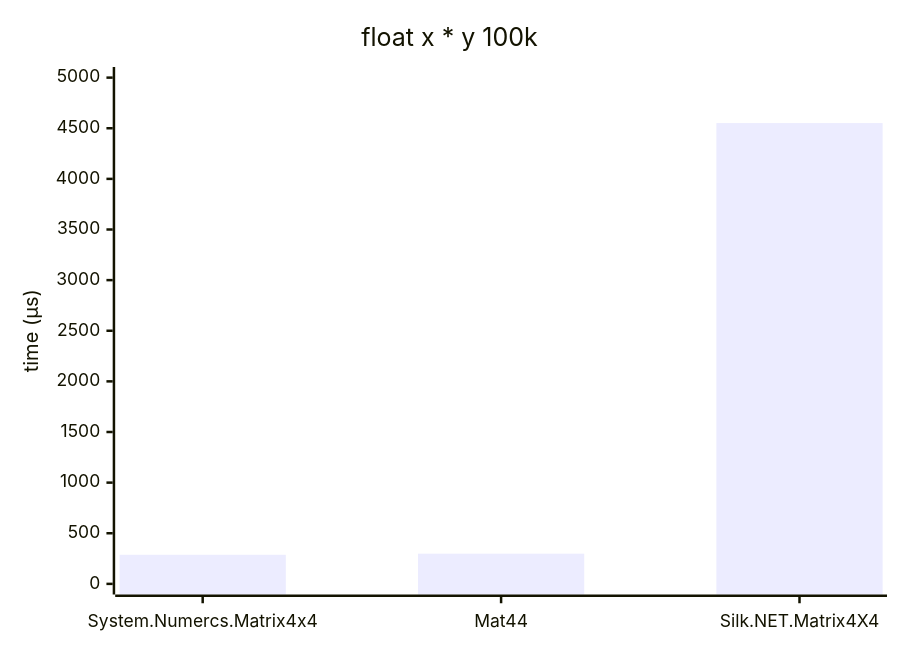
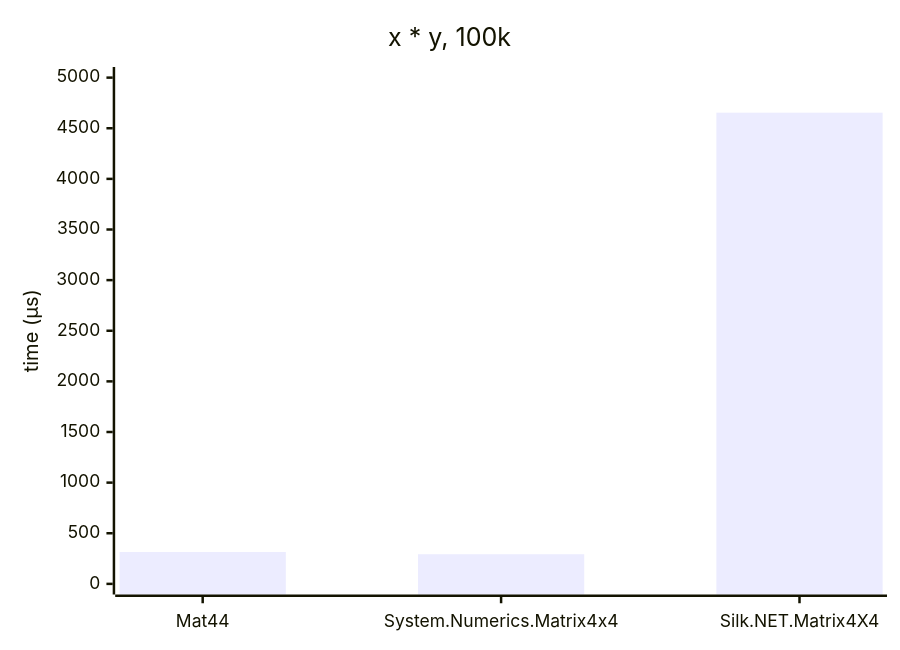
The diagram in reports/mat44-f32-multiply.md (malstraem/generic-simd-numerics), drawn with Mermaid before and after one commit. The commit also changed other lines of this file and 6 other files, not shown here.

````diff
--- a/reports/mat44-f32-multiply.md
+++ b/reports/mat44-f32-multiply.md
@@ -5,7 +5,7 @@
 ```mermaid
 xychart
-    title "float x * y 100k"
-    x-axis [System.Numercs.Matrix4x4, Mat44, Silk.NET.Matrix4X4]
+    title "x * y, 100k"
+    x-axis [Mat44, System.Numerics.Matrix4x4, Silk.NET.Matrix4X4]
     y-axis "time (μs)" 0 --> 5000
-    bar [287.5, 298.0, 4551]
+    bar [315, 293, 4654]
 ```
````
